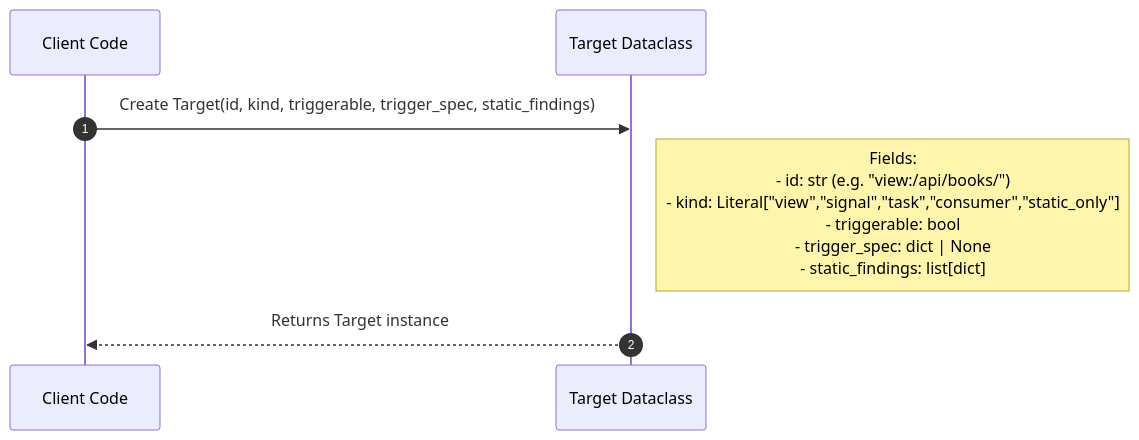
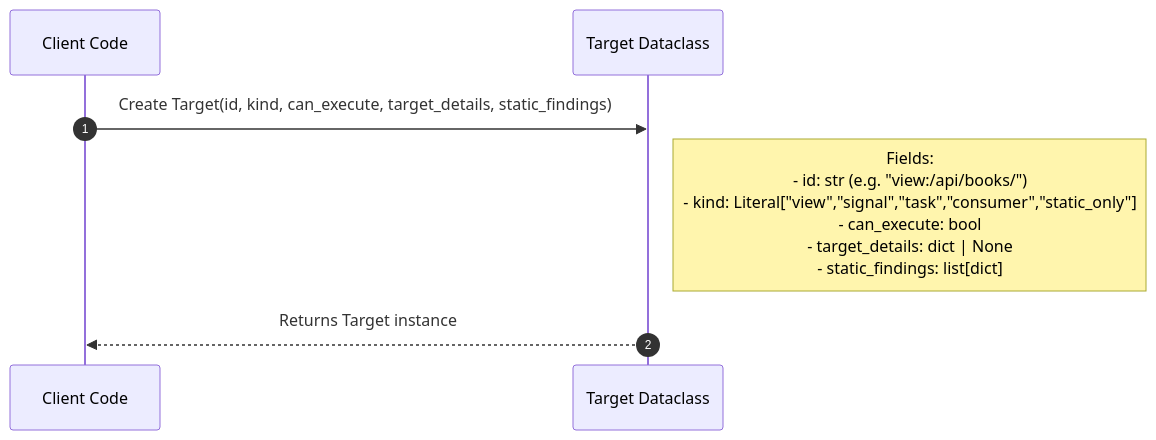
Before and after one commit to Profysr/da-profiler: the first of 12 diagrams in architecture.md, drawn with Mermaid. The commit also changed other lines of this file and 37 other files, not shown here.

````diff
--- a/architecture.md
+++ b/architecture.md
@@ -211,10 +353,10 @@
 ```mermaid
 sequenceDiagram
     autonumber
     participant Client as Client Code
     participant Target as Target Dataclass
 
-    Client->>Target: Create Target(id, kind, triggerable, trigger_spec, static_findings)
-    Note right of Target: Fields:<br/>- id: str (e.g. "view:/api/books/")<br/>- kind: Literal["view","signal","task","consumer","static_only"]<br/>- triggerable: bool<br/>- trigger_spec: dict | None<br/>- static_findings: list[dict]
+Client->>Target: Create Target(id, kind, can_execute, target_details, static_findings)
+Note right of Target: Fields:<br/>- id: str (e.g. "view:/api/books/")<br/>- kind: Literal["view","signal","task","consumer","static_only"]<br/>- can_execute: bool<br/>- target_details: dict | None<br/>- static_findings: list[dict]
     Target-->>Client: Returns Target instance
 ```
````
